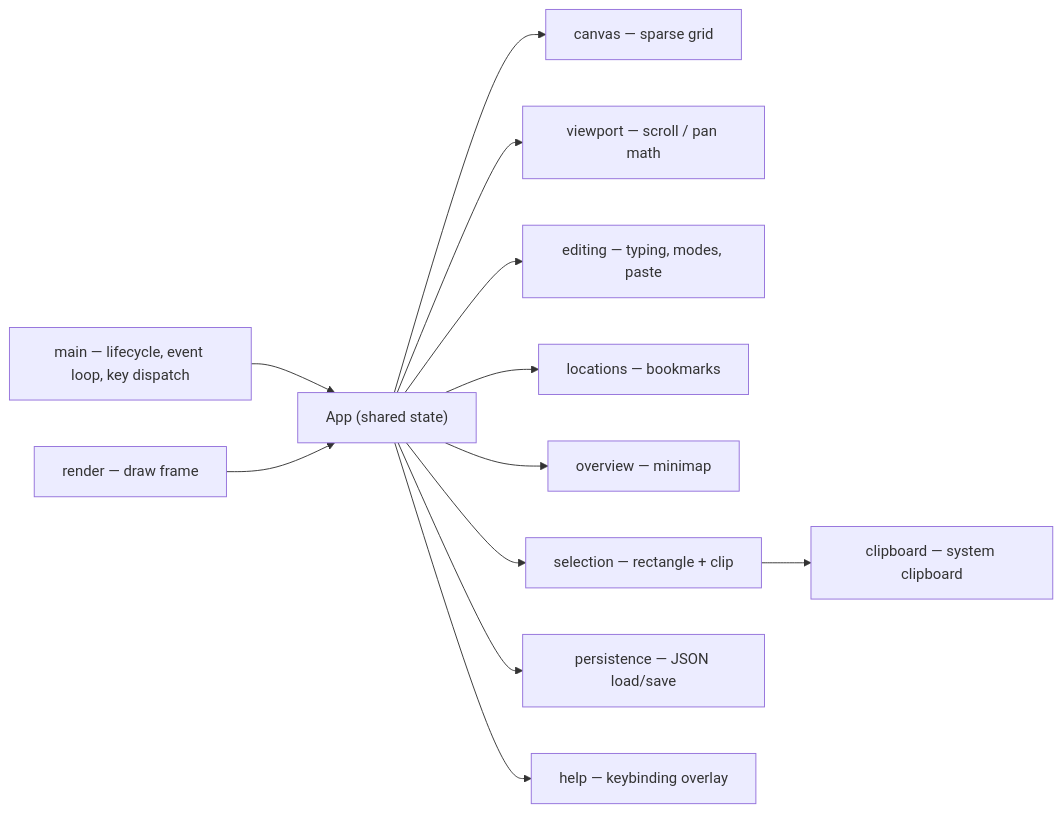
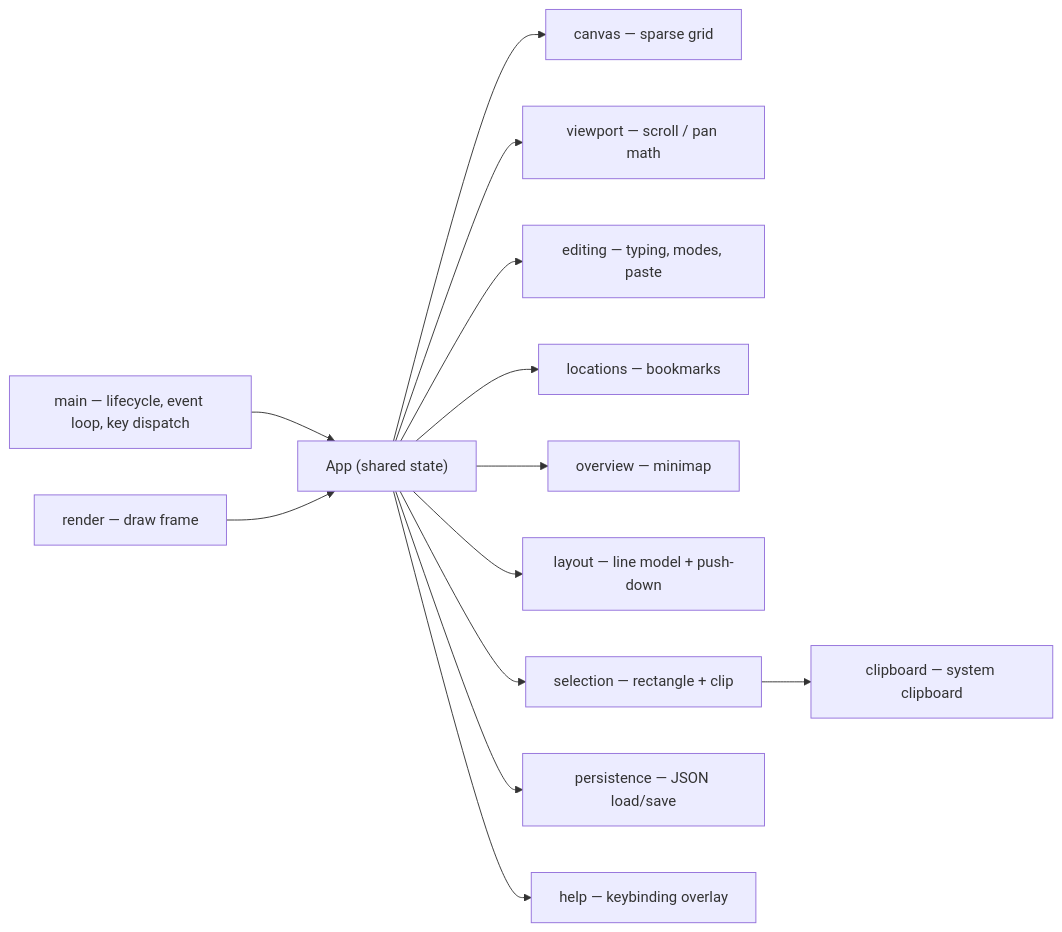
The diagram in README.md (epatel/terminal_pad), drawn with Mermaid before and after one commit. The commit also changed other lines of this file and 7 other files, not shown here.

First line of the commit message:
Enter splits a line and pushes blocks below down

````diff
--- a/README.md
+++ b/README.md
@@ -145,14 +147,15 @@
 ```mermaid
 flowchart LR
   main["main — lifecycle, event loop, key dispatch"] --> app["App (shared state)"]
   app --> canvas["canvas — sparse grid"]
   app --> viewport["viewport — scroll / pan math"]
   app --> editing["editing — typing, modes, paste"]
   app --> locations["locations — bookmarks"]
   app --> overview["overview — minimap"]
+  app --> layout["layout — line model + push-down"]
   app --> selection["selection — rectangle + clip"]
   app --> persistence["persistence — JSON load/save"]
   app --> help["help — keybinding overlay"]
   selection --> clipboard["clipboard — system clipboard"]
   render["render — draw frame"] --> app
 ```
````
